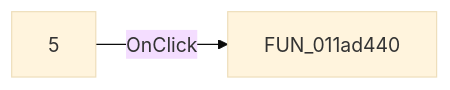
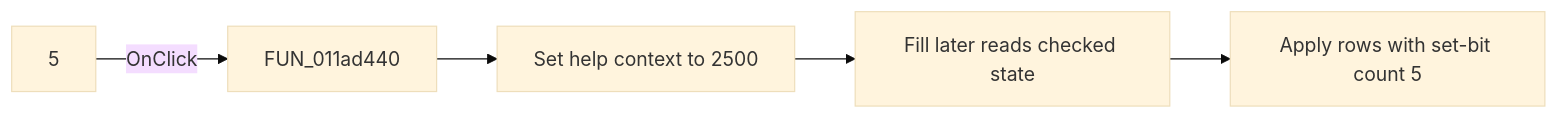
The diagram in docs/ui-controls/tables-form/checkbox6-a649a7de71.md (MovGP0/TIARA), drawn with Mermaid (base theme) before and after one commit. The commit also changed other lines of this file and 387 other files, not shown here.

````diff
--- a/docs/ui-controls/tables-form/checkbox6-a649a7de71.md
+++ b/docs/ui-controls/tables-form/checkbox6-a649a7de71.md
@@ -27,4 +27,7 @@
 ```mermaid
 flowchart LR
     control["5"] -->|OnClick| handler["FUN_011ad440"]
+    handler --> topic["Set help context to 2500"]
+    topic --> fill["Fill later reads checked state"]
+    fill --> rows["Apply rows with set-bit count 5"]
 ```
````
